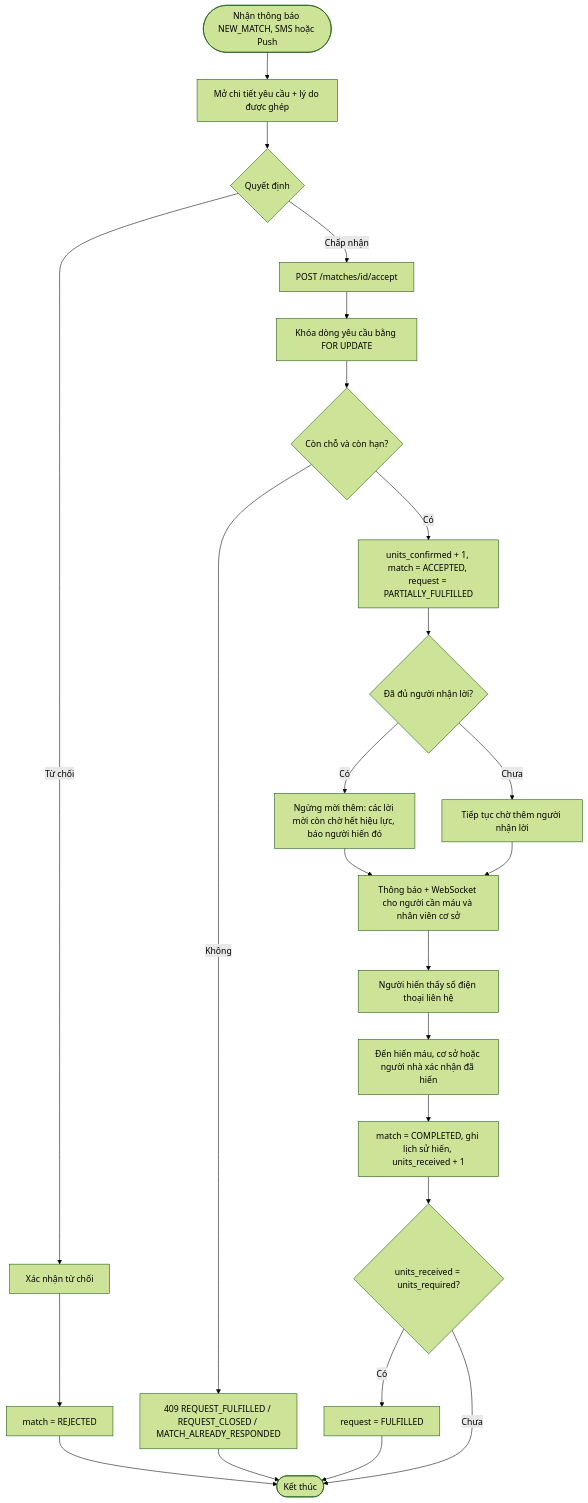
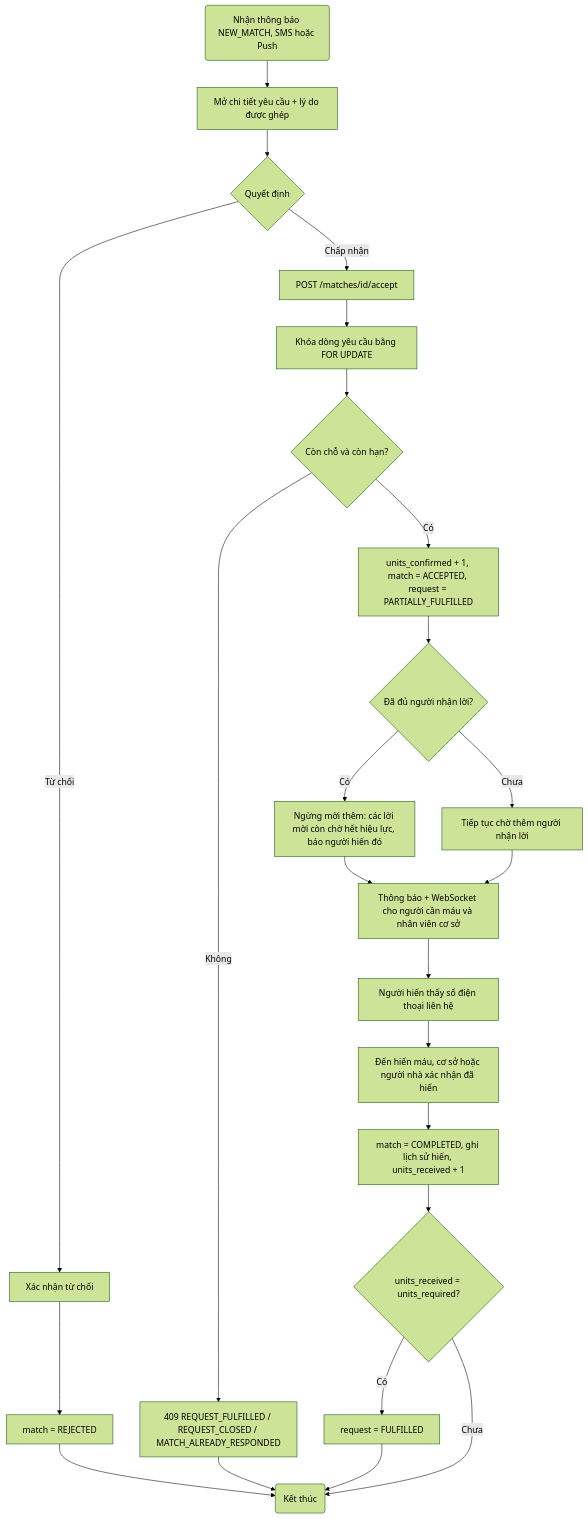
One commit to nhungoc260/lifely_demo changed diagram 16 of 18 in docs/ARCHITECTURE.md. Above: the diagram before and after it, drawn with Mermaid (forest theme). The commit also changed other lines of this file, not shown here.

Commit message:
fix architecture

````diff
--- a/docs/ARCHITECTURE.md
+++ b/docs/ARCHITECTURE.md
@@ -768,22 +896,26 @@
 ```mermaid
 flowchart TD
-  A(["Nhận thông báo NEW_MATCH, SMS hoặc Push"]) --> B["Mở chi tiết yêu cầu + lý do được ghép"]
+  A("Nhận thông báo NEW_MATCH, SMS hoặc Push") --> B["Mở chi tiết yêu cầu + lý do được ghép"]
   B --> C{"Quyết định"}
-  C -- "Từ chối" --> D["Xác nhận từ chối"] --> E["match = REJECTED"] --> Z(["Kết thúc"])
+  C -- "Từ chối" --> D["Xác nhận từ chối"]
+  D --> E["match = REJECTED"]
+  E --> Z("Kết thúc")
   C -- "Chấp nhận" --> F["POST /matches/id/accept"]
   F --> G["Khóa dòng yêu cầu bằng FOR UPDATE"]
   G --> H{"Còn chỗ và còn hạn?"}
-  H -- "Không" --> I["409 REQUEST_FULFILLED / REQUEST_CLOSED / MATCH_ALREADY_RESPONDED"] --> Z
+  H -- "Không" --> I["409 REQUEST_FULFILLED / REQUEST_CLOSED / MATCH_ALREADY_RESPONDED"]
+  I --> Z
   H -- "Có" --> J["units_confirmed + 1, match = ACCEPTED, request = PARTIALLY_FULFILLED"]
   J --> K{"Đã đủ người nhận lời?"}
   K -- "Có" --> L["Ngừng mời thêm: các lời mời còn chờ hết hiệu lực, báo người hiến đó"]
   K -- "Chưa" --> M["Tiếp tục chờ thêm người nhận lời"]
   L --> N["Thông báo + WebSocket cho người cần máu và nhân viên cơ sở"]
   M --> N
   N --> O["Người hiến thấy số điện thoại liên hệ"]
   O --> P["Đến hiến máu, cơ sở hoặc người nhà xác nhận đã hiến"]
   P --> Q["match = COMPLETED, ghi lịch sử hiến, units_received + 1"]
   Q --> R{"units_received = units_required?"}
-  R -- "Có" --> S["request = FULFILLED"] --> Z
+  R -- "Có" --> S["request = FULFILLED"]
+  S --> Z
   R -- "Chưa" --> Z
 ```
````
